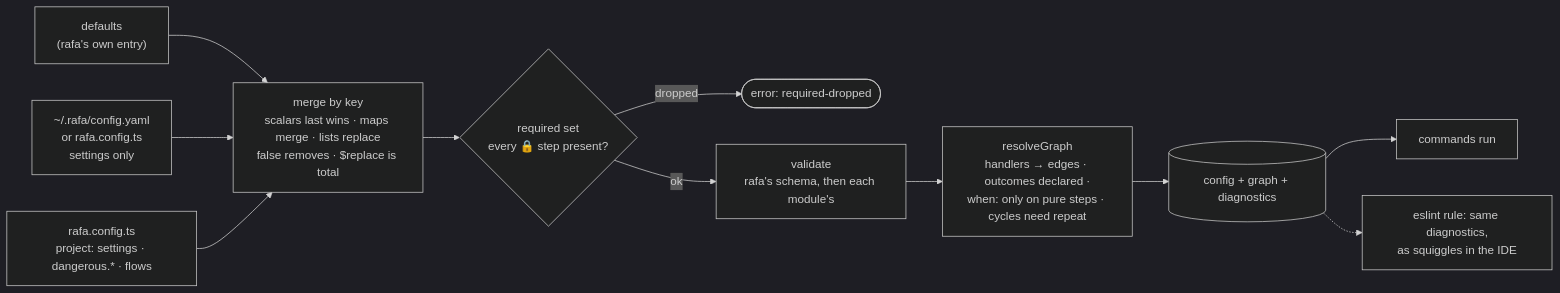
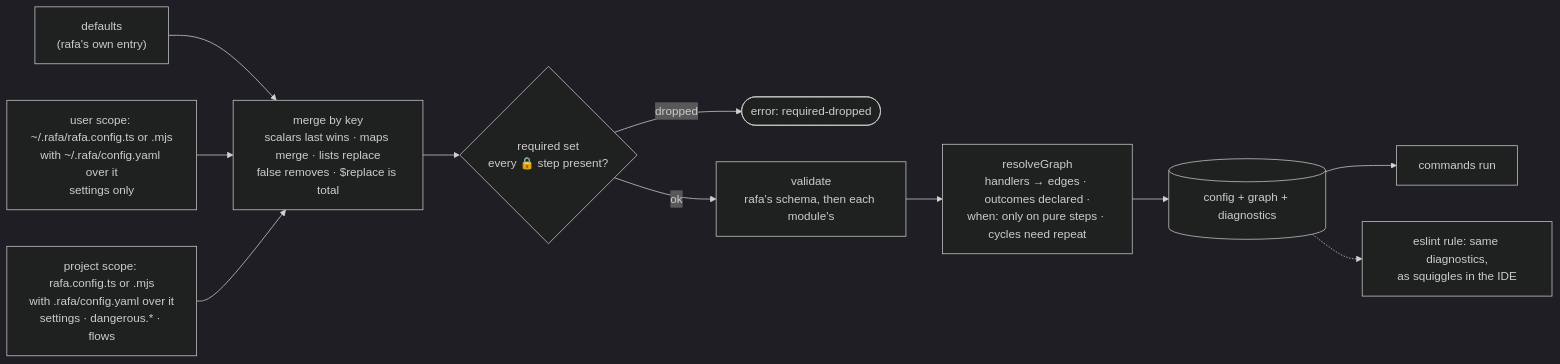
The sixth of 9 diagrams in docs/workflow-checks.md (open-tomato/rafa), drawn with Mermaid (dark theme) before and after one commit. The commit also changed 46 other files, not shown here.

First line of the commit message:
rafa-1270: The project's test kinds and check points read from a tracked file (#1275)

````diff
--- a/docs/workflow-checks.md
+++ b/docs/workflow-checks.md
@@ -197,13 +197,13 @@
 ```mermaid
 flowchart LR
     D["defaults<br/>(rafa's own entry)"] --> M
-    U["~/.rafa/config.yaml<br/>or rafa.config.ts<br/>settings only"] --> M
-    P["rafa.config.ts<br/>project: settings · dangerous.* · flows"] --> M
+    U["user scope: ~/.rafa/rafa.config.ts or .mjs<br/>with ~/.rafa/config.yaml over it<br/>settings only"] --> M
+    P["project scope: rafa.config.ts or .mjs<br/>with .rafa/config.yaml over it<br/>settings · dangerous.* · flows"] --> M
     M["merge by key<br/>scalars last wins · maps merge · lists replace<br/>false removes · $replace is total"] --> R{"required set<br/>every 🔒 step present?"}
     R -- dropped --> E1([error: required-dropped])
     R -- ok --> V["validate<br/>rafa's schema, then each module's"]
     V --> G["resolveGraph<br/>handlers → edges · outcomes declared ·<br/>when: only on pure steps · cycles need repeat"]
     G --> O[("config + graph + diagnostics")]
     O --> C[commands run]
     O -.-> L["eslint rule: same diagnostics,<br/>as squiggles in the IDE"]
 ```
````
